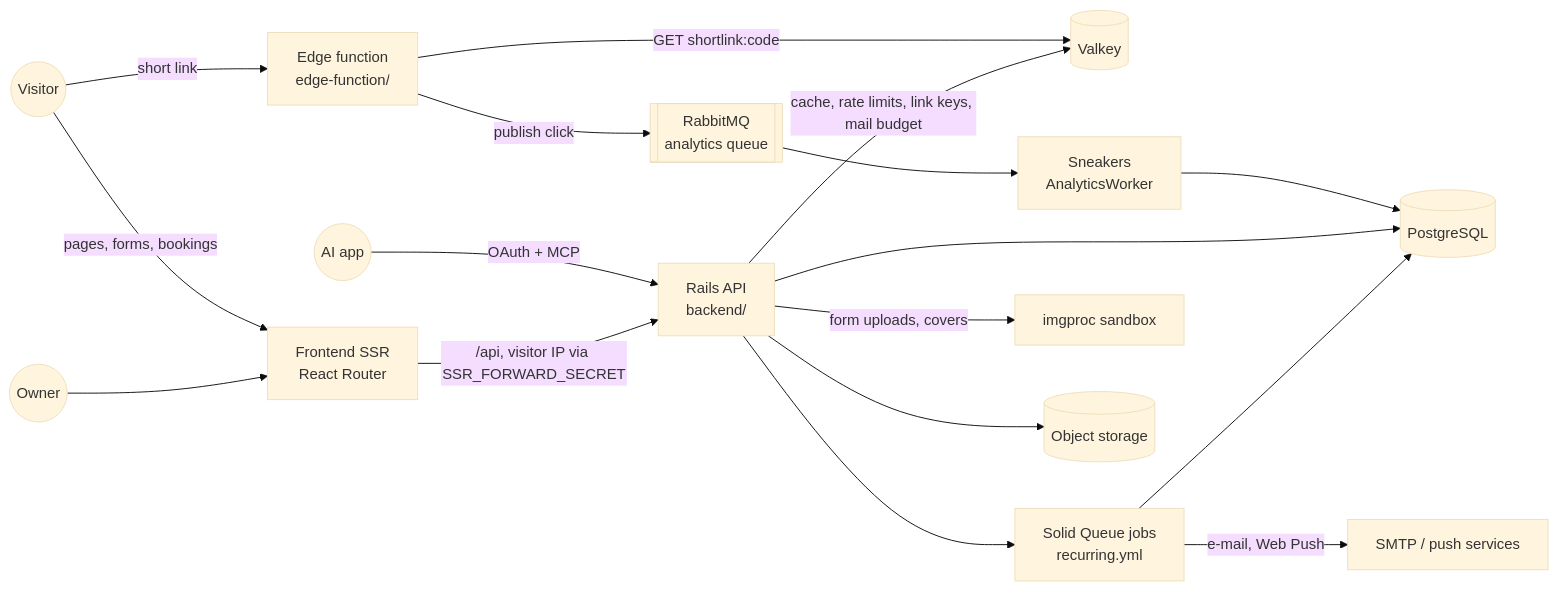
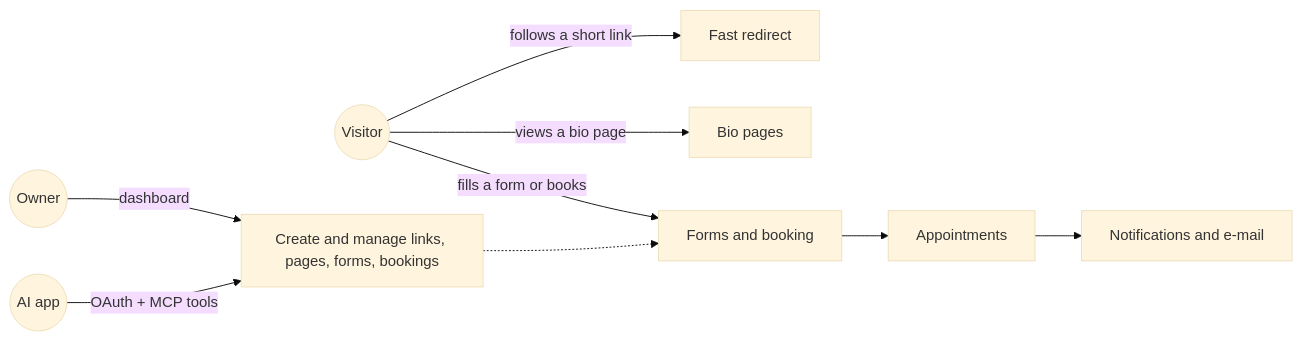
One commit to alexcastrodev/shortener changed the diagram in wiki/README.md. Above: the diagram before and after it, drawn with Mermaid (base theme). The commit also changed other lines of this file and 13 other files, not shown here.

````diff
--- a/wiki/README.md
+++ b/wiki/README.md
@@ -40,19 +39,11 @@
 ```mermaid
 flowchart LR
-  visitor((Visitor)) -->|short link| edge[Edge function<br/>edge-function/]
-  edge -->|GET shortlink:code| valkey[(Valkey)]
-  edge -->|publish click| rabbit[[RabbitMQ<br/>analytics queue]]
-  rabbit --> worker[Sneakers<br/>AnalyticsWorker]
-  worker --> pg[(PostgreSQL)]
-  visitor -->|pages, forms, bookings| fe[Frontend SSR<br/>React Router]
-  owner((Owner)) --> fe
-  ai((AI app)) -->|OAuth + MCP| web
-  fe -->|/api, visitor IP via SSR_FORWARD_SECRET| web[Rails API<br/>backend/]
-  web --> pg
-  web -->|cache, rate limits, link keys, mail budget| valkey
-  web --> jobs[Solid Queue jobs<br/>recurring.yml]
-  jobs --> pg
-  jobs -->|e-mail, Web Push| out[SMTP / push services]
-  web -->|form uploads, covers| imgproc[imgproc sandbox]
-  web --> s3[(Object storage)]
+  visitor((Visitor)) -->|follows a short link| redirect[Fast redirect]
+  visitor -->|views a bio page| pages[Bio pages]
+  visitor -->|fills a form or books| forms[Forms and booking]
+  owner((Owner)) -->|dashboard| manage[Create and manage links, pages, forms, bookings]
+  ai((AI app)) -->|OAuth + MCP tools| manage
+  forms --> appts[Appointments]
+  appts --> notify[Notifications and e-mail]
+  manage -.-> forms
 ```
````
